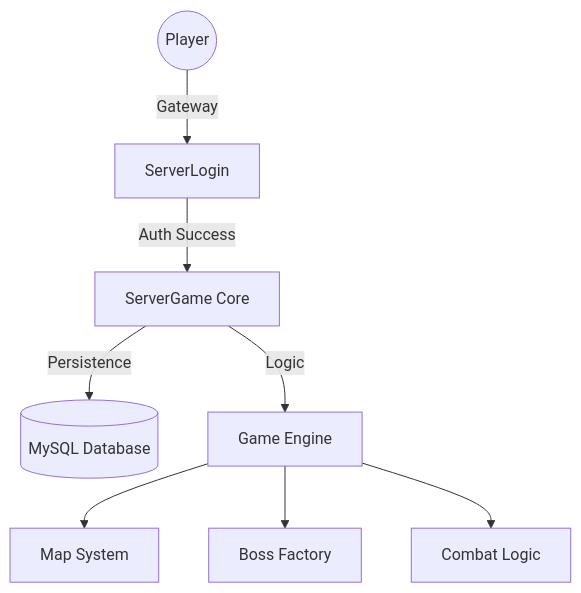
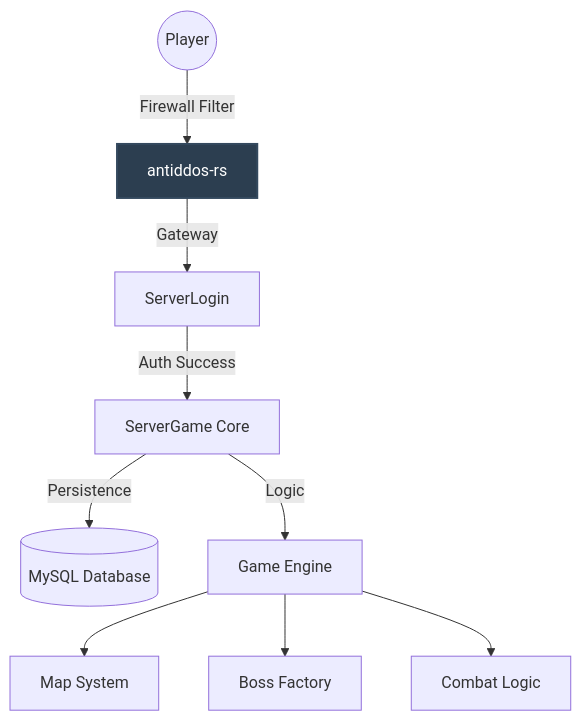
One commit to NQHxDev/ZeionNRO changed the diagram in README.md. Above: the diagram before and after it, drawn with Mermaid. The commit also changed other lines of this file and 506 other files, not shown here.

````diff
--- a/README.md
+++ b/README.md
@@ -27,10 +28,13 @@
 ```mermaid
 graph TD
-    User((Player)) -->|Gateway| SL[ServerLogin]
+    User((Player)) -->|Firewall Filter| AD[antiddos-rs]
+    AD -->|Gateway| SL[ServerLogin]
     SL -->|Auth Success| HM[ServerGame Core]
     HM -->|Persistence| DB[(MySQL Database)]
     HM -->|Logic| Engine[Game Engine]
     Engine --> Map[Map System]
     Engine --> Boss[Boss Factory]
     Engine --> Combat[Combat Logic]
+
+    style AD fill:#2c3e50,stroke:#34495e,stroke-width:2px,color:#fff
 ```
````
